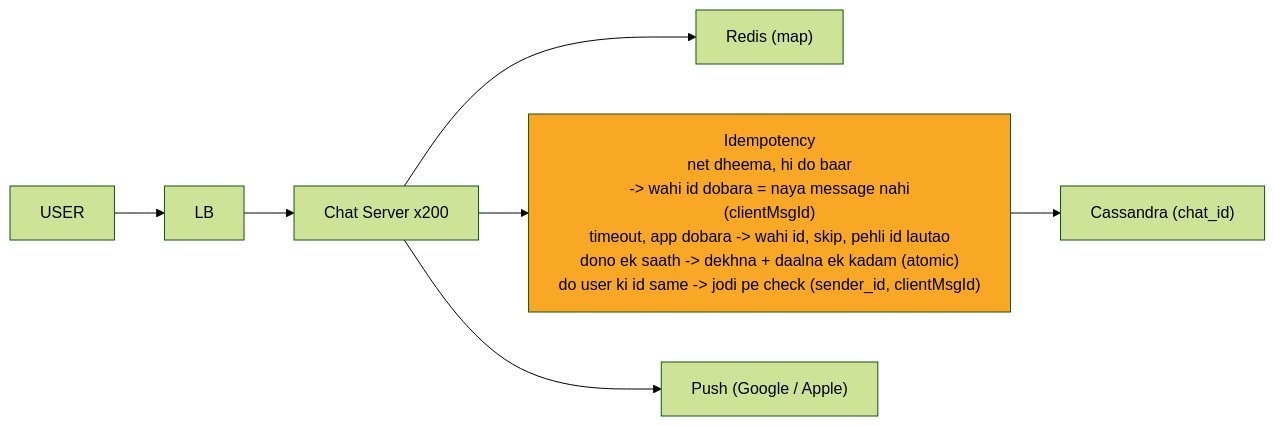
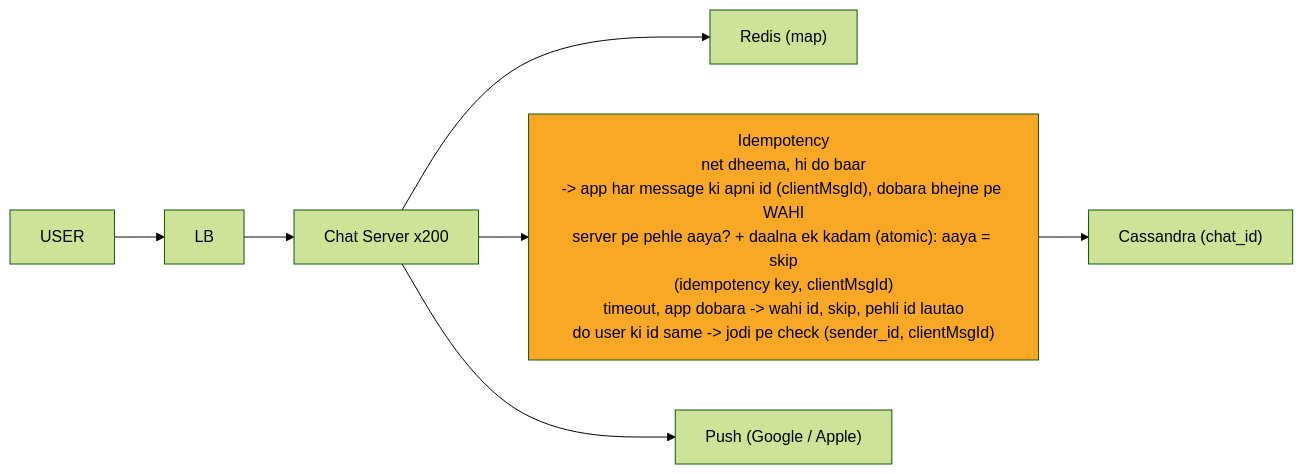
Before and after one commit to ArpanMaheshwari144/Prep: the sixth of 12 diagrams in 04_HLD/SYSTEM_DESIGNS/14_chat_messaging/14_chat_messaging.md, drawn with Mermaid (forest theme). The commit also changed other lines of this file and 13 other files, not shown here.

````diff
--- a/04_HLD/SYSTEM_DESIGNS/14_chat_messaging/14_chat_messaging.md
+++ b/04_HLD/SYSTEM_DESIGNS/14_chat_messaging/14_chat_messaging.md
@@ -263,18 +266,18 @@
 ```mermaid
 %%{init: {"flowchart": {"wrappingWidth": 450}}}%%
 flowchart LR
     n_U["USER"]
     n_LB["LB"]
     n_CS["Chat Server x200"]
     n_R["Redis (map)"]
-    n_I["Idempotency<br/>net dheema, hi do baar<br/>-> wahi id dobara = naya message nahi<br/>(clientMsgId)<br/>timeout, app dobara -> wahi id, skip, pehli id lautao<br/>dono ek saath -> dekhna + daalna ek kadam (atomic)<br/>do user ki id same -> jodi pe check (sender_id, clientMsgId)"]
+    n_I["Idempotency<br/>net dheema, hi do baar<br/>-> app har message ki apni id (clientMsgId), dobara bhejne pe WAHI<br/>server pe pehle aaya? + daalna ek kadam (atomic): aaya = skip<br/>(idempotency key, clientMsgId)<br/>timeout, app dobara -> wahi id, skip, pehli id lautao<br/>do user ki id same -> jodi pe check (sender_id, clientMsgId)"]
     n_CA["Cassandra (chat_id)"]
     n_P["Push (Google / Apple)"]
     n_U --> n_LB
     n_LB --> n_CS
     n_CS --> n_R
     n_CS --> n_I
     n_I --> n_CA
     n_CS --> n_P
     style n_I fill:#f9a825,color:#000
 ```
````
